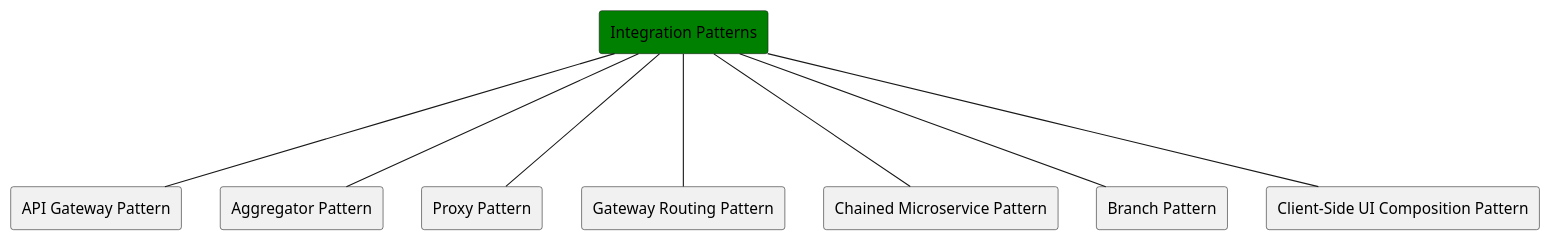
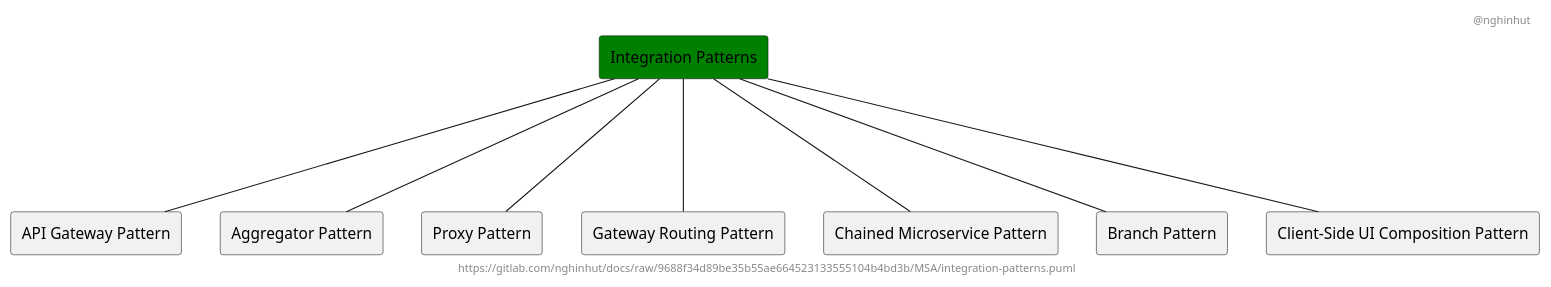
Before and after one commit to nghinhut/docs: the diagram in MSA/integration-patterns.puml, drawn with PlantUML. The commit also changed 18 other files, not shown here.

Commit message:
Update diagrams

```diff
--- a/MSA/integration-patterns.puml
+++ b/MSA/integration-patterns.puml
@@ -1,21 +1,25 @@
 @startuml
-'-----BEGIN HEADER-----
-'-----END HEADER-----
+'-----START auto generated metadata please keep comment here to allow auto update-----
+'-----DON'T EDIT THIS SECTION, INSTEAD RE-RUN prebuild.sh TO UPDATE-----
+header @nghinhut
+footer https://gitlab.com/nghinhut/docs/raw/9688f34d89be35b55ae664523133555104b4bd3b/MSA/integration-patterns.puml
+'-----END auto generated metadata please keep comment here to allow auto update-----
+
 
 rectangle "Integration Patterns" as Integration #green
 
 rectangle "API Gateway Pattern" as IntegrationP1
 rectangle "Aggregator Pattern" as IntegrationP2
 rectangle "Proxy Pattern" as IntegrationP3
 rectangle "Gateway Routing Pattern" as IntegrationP4
 rectangle "Chained Microservice Pattern" as IntegrationP5
 rectangle "Branch Pattern" as IntegrationP6
 rectangle "Client-Side UI Composition Pattern" as IntegrationP7
 Integration --- IntegrationP1
 Integration --- IntegrationP2
 Integration --- IntegrationP3
 Integration --- IntegrationP4
 Integration --- IntegrationP5
 Integration --- IntegrationP6
 Integration --- IntegrationP7
 @enduml
```
